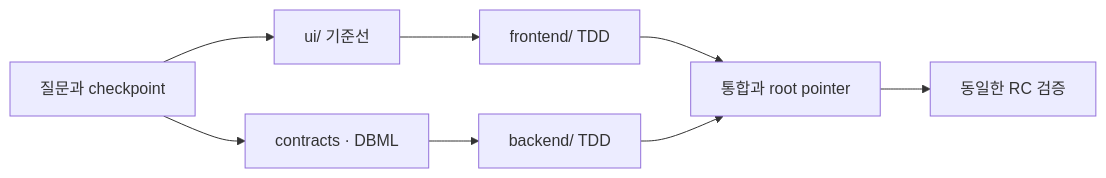
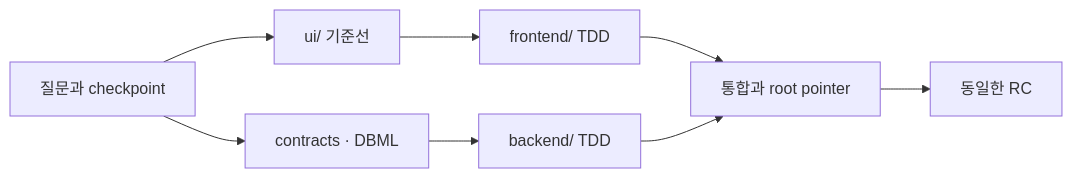
One commit to kcrmin/Stackcord changed the diagram in README.ko.md. Above: the diagram before and after it, drawn with Mermaid. The commit also changed other lines of this file, not shown here.

````diff
--- a/README.ko.md
+++ b/README.ko.md
@@ -78,10 +84,10 @@
 ```mermaid
 flowchart LR
     Q["질문과 checkpoint"] --> U["ui/ 기준선"]
     Q --> C["contracts · DBML"]
     U --> F["frontend/ TDD"]
     C --> B["backend/ TDD"]
     F --> I["통합과 root pointer"]
     B --> I
-    I --> R["동일한 RC 검증"]
+    I --> R["동일한 RC"]
 ```
````
